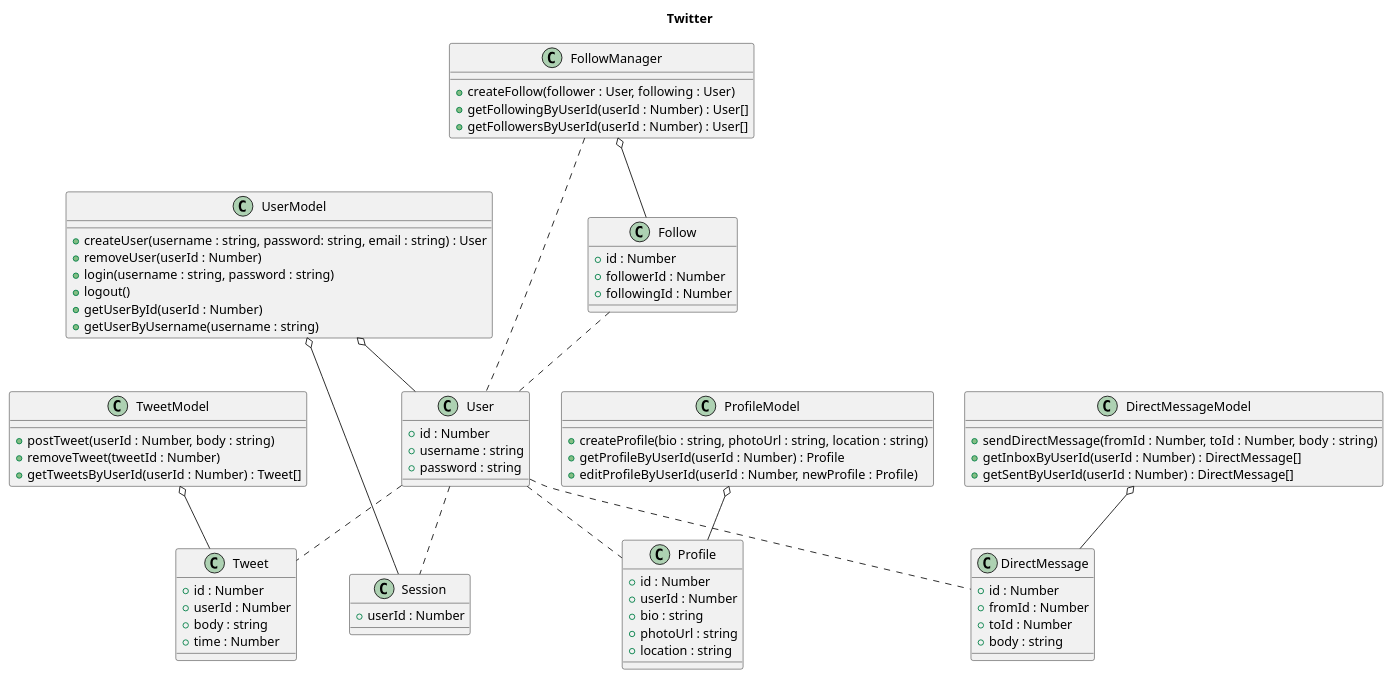
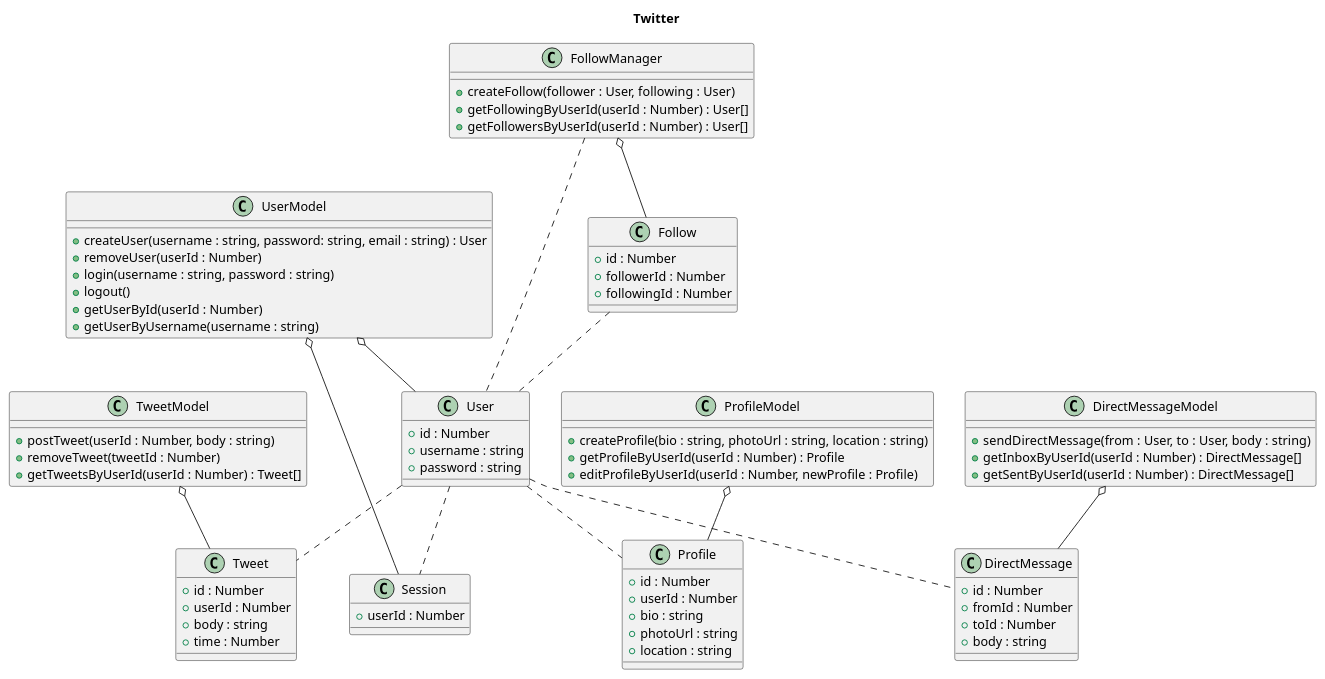
One commit to tart-summer-camp-2011/fe201 changed the diagram in model/classDiagram.plantuml. Above: the diagram before and after it, drawn with PlantUML. The commit also changed 1 other file, not shown here.

Commit message:
updated class diagram to feature users instead of user ids in DirectMessageModel.createDirectMessage

```diff
--- a/model/classDiagram.plantuml
+++ b/model/classDiagram.plantuml
@@ -1,87 +1,87 @@
 @startuml
 title Twitter
 
 class User {
 	+ id : Number
 	+ username : string
 	+ password : string
 }
 
 class Tweet {
 	+ id : Number
 	+ userId : Number
 	+ body : string
 	+ time : Number
 }
 
 class UserModel {
 	+ createUser(username : string, password: string, email : string) : User
 	+ removeUser(userId : Number)
 	+ login(username : string, password : string)
 	+ logout()
 	+ getUserById(userId : Number)
 	+ getUserByUsername(username : string)
 }
 
 class Session {
 	+ userId : Number
 }
 
 class FollowManager {
 	+ createFollow(follower : User, following : User)
 	+ getFollowingByUserId(userId : Number) : User[]
 	+ getFollowersByUserId(userId : Number) : User[]
 }
 
 class Profile {
 	+ id : Number
 	+ userId : Number
 	+ bio : string
 	+ photoUrl : string
 	+ location : string
 }
 
 class ProfileModel {
 	+ createProfile(bio : string, photoUrl : string, location : string)
 	+ getProfileByUserId(userId : Number) : Profile
 	+ editProfileByUserId(userId : Number, newProfile : Profile)
 }
 
 class TweetModel {
 	+ postTweet(userId : Number, body : string)
 	+ removeTweet(tweetId : Number)
 	+ getTweetsByUserId(userId : Number) : Tweet[]
 }
 
 class DirectMessage {
 	+ id : Number
 	+ fromId : Number
 	+ toId : Number
 	+ body : string
 }
 
 class DirectMessageModel {
-	+ sendDirectMessage(fromId : Number, toId : Number, body : string)
+	+ sendDirectMessage(from : User, to : User, body : string)
 	+ getInboxByUserId(userId : Number) : DirectMessage[]
 	+ getSentByUserId(userId : Number) : DirectMessage[]
 }
 
 class Follow {
 	+ id : Number
 	+ followerId : Number
 	+ followingId : Number
 }
 
 UserModel o-- User
 UserModel o-- Session
 DirectMessageModel o-- DirectMessage
 ProfileModel o-- Profile
 TweetModel o-- Tweet
 FollowManager o-- Follow
 User .. Session
 User .. Tweet
 User .. Profile
 User .. DirectMessage
 Follow .. User
 FollowManager .. User
 @enduml
```
